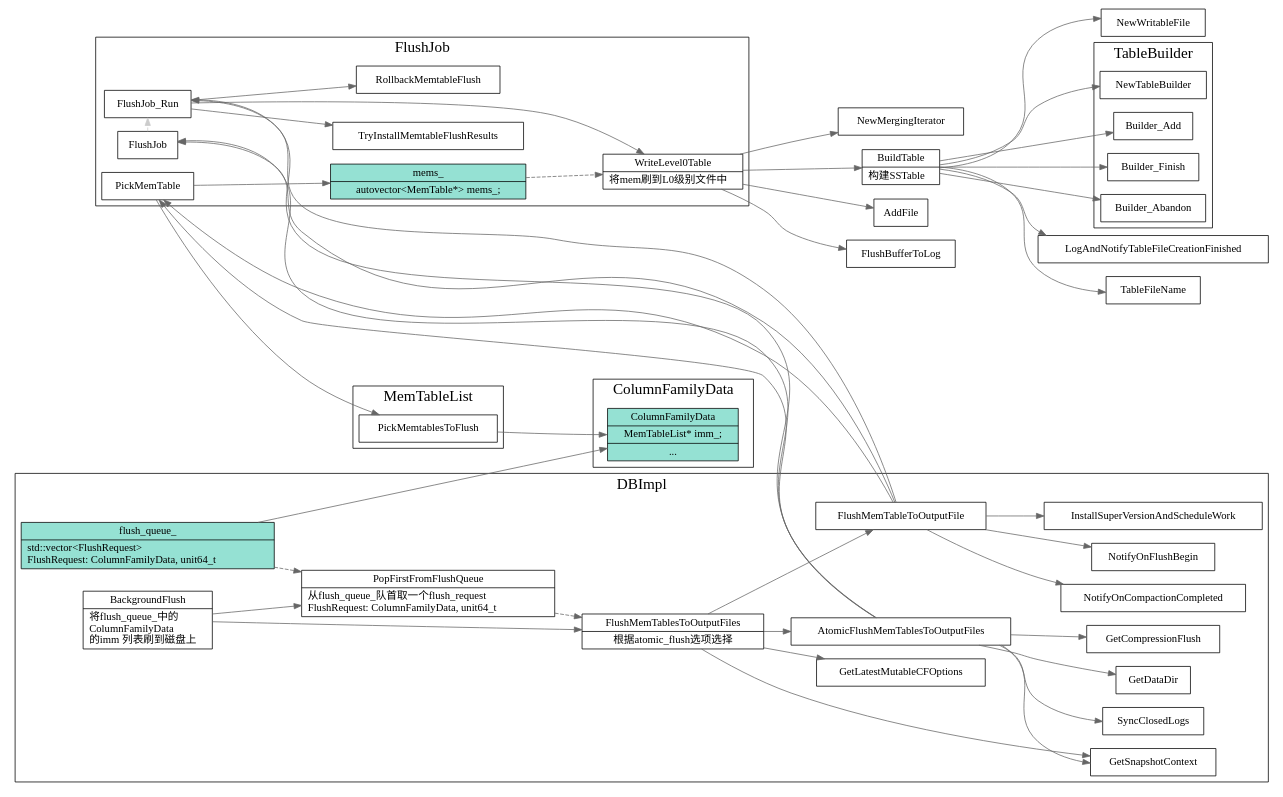
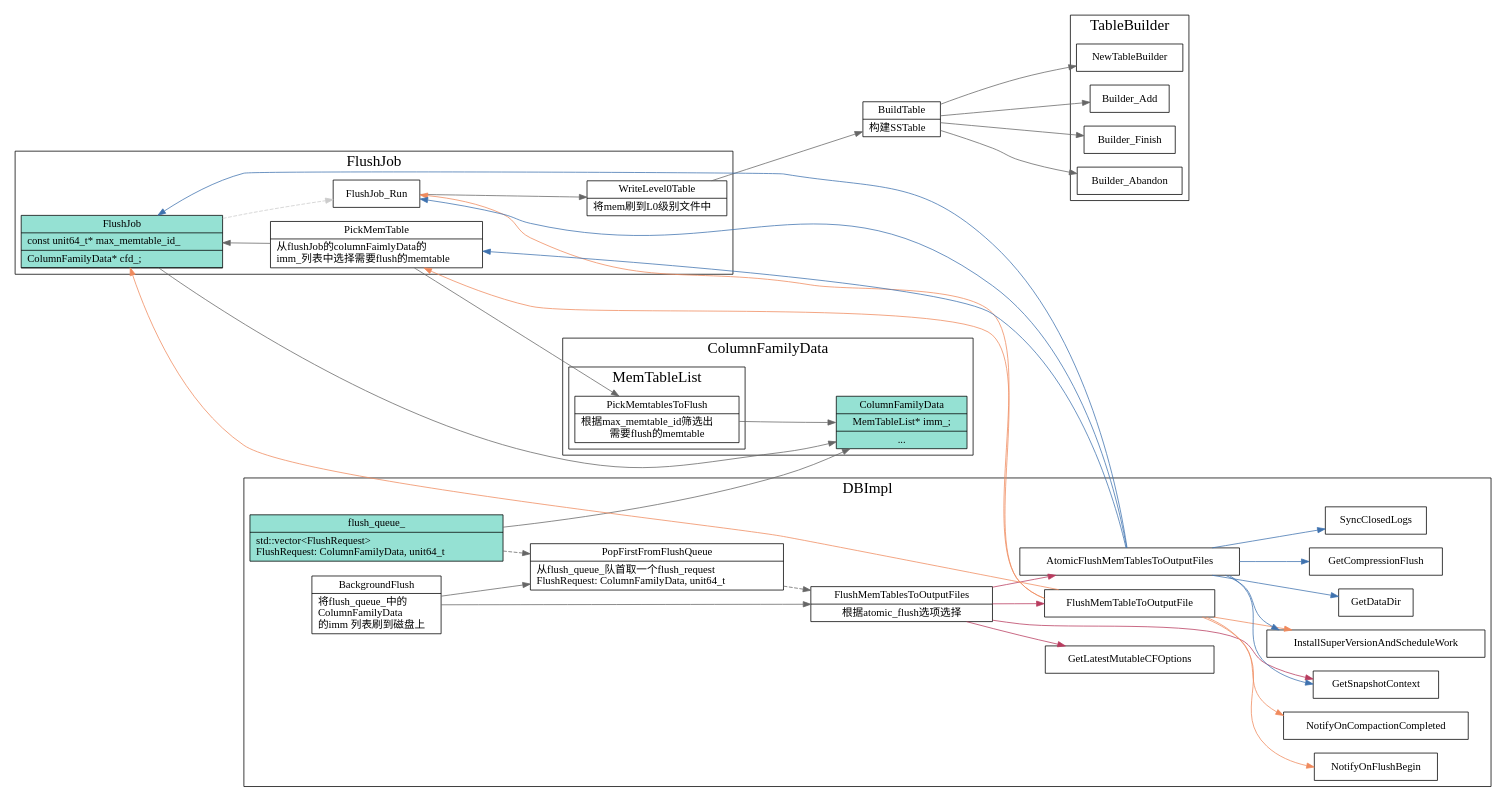
Before and after one commit to xieyu/blog: the diagram in src/rocksdb/background-flush.dot, drawn with Graphviz. The commit also changed 10 other files, not shown here.

Commit message:
add flush queue put flow

```diff
--- a/src/rocksdb/background-flush.dot
+++ b/src/rocksdb/background-flush.dot
@@ -1,161 +1,172 @@
 digraph background_flushtitl {
   node[shape=box];
   edge[color=gray40];
   newrank=true;
   rankdir=LR;
-  subgraph cluster_MemTableList {
-    graph[label="MemTableList";fontsize=20;];
-    PickMemtablesToFlush;
-  }
 
   subgraph cluster_ColumnFamilyData {
     graph[label="ColumnFamilyData";fontsize=20;];
+
+    subgraph cluster_MemTableList {
+      graph[label="MemTableList";fontsize=20;];
+      PickMemtablesToFlush[
+        shape="record"
+        label="{{
+          PickMemtablesToFlush|
+          根据max_memtable_id筛选出\l
+          需要flush的memtable
+        }}"
+      ];
+    }
     ColumnFamilyData[shape="record";
       fillcolor="#95e1d3"
       style=filled;
       label="{{
         ColumnFamilyData|
           <MemTableList> MemTableList* imm_;|
           ...
       }}";
     ];
     PickMemtablesToFlush -> ColumnFamilyData:MemTableList;
   }
 
   subgraph cluster_FlushJob {
     graph[label="FlushJob";fontsize=20;];
-    PickMemTable -> PickMemtablesToFlush;
-    PickMemTable -> mems_;
-    mems_[
+    FlushJob[
       shape="record";
       fillcolor="#95e1d3"
       style=filled;
       label="{{
-        mems_|
-          autovector\<MemTable*\> mems_;
-      }}";
+        FlushJob|
+        const unit64_t* max_memtable_id_\l|
+        ColumnFamilyData* cfd_;\l|
+        autovector<MemTable*> mems_;\l
+      }}"
     ];
-    mems_ -> WriteLevel0Table[style=dashed;color=gray40];
+    PickMemTable[
+      shape="record"
+      label="{{
+        PickMemTable|
+        从flushJob的columnFaimlyData的\l
+        imm_列表中选择需要flush的memtable\l
+      }}"
+    ];
+    PickMemTable -> PickMemtablesToFlush;
+    PickMemTable -> FlushJob;
+    FlushJob -> ColumnFamilyData;
     FlushJob -> FlushJob_Run[style=dashed;color=gray80];
     FlushJob_Run -> {
       WriteLevel0Table;
-      RollbackMemtableFlush;
-      TryInstallMemtableFlushResults;
     }
     WriteLevel0Table[shape="record";
       label="{{
         WriteLevel0Table|
         将mem刷到L0级别文件中\l
       }}";
     ];
   }
 
   subgraph cluster_DBImpl {
     graph[label="DBImpl";fontsize=20;];
     flush_queue_[
       shape="record";
       fillcolor="#95e1d3"
       style=filled;
       label="{{
         flush_queue_|
           std::vector\<FlushRequest\> \l
           FlushRequest: ColumnFamilyData, unit64_t\l
       }}";
     ];
     BackgroundFlush[shape="record";
       label="{{
         BackgroundFlush|
         将flush_queue_中的\l 
         ColumnFamilyData\l
         的imm 列表刷到磁盘上\l
       }}";
     ];
     flush_queue_ -> ColumnFamilyData;
     flush_queue_ -> PopFirstFromFlushQueue[style=dashed;color=gray40];
     FlushMemTablesToOutputFiles
     FlushMemTableToOutputFile;
     AtomicFlushMemTablesToOutputFiles;
     BackgroundFlush -> {
       PopFirstFromFlushQueue;
       FlushMemTablesToOutputFiles;
     }
     PopFirstFromFlushQueue[shape="record";
       label="{{
         PopFirstFromFlushQueue|
         从flush_queue_队首取一个flush_request\l
         FlushRequest: ColumnFamilyData, unit64_t\l
       }}";
     ];
     FlushMemTablesToOutputFiles[shape="record";
       label="{{
         FlushMemTablesToOutputFiles|
         根据atomic_flush选项选择
       }}";
     ];
 
     FlushMemTablesToOutputFiles -> {
       AtomicFlushMemTablesToOutputFiles
       GetSnapshotContext;
       GetLatestMutableCFOptions;
       FlushMemTableToOutputFile;
-    }
+    }[color="#b83b5e"]
 
     AtomicFlushMemTablesToOutputFiles -> {
+      InstallSuperVersionAndScheduleWork;
       GetDataDir;
       GetSnapshotContext;
       FlushJob;
       PickMemTable;
       GetCompressionFlush;
       SyncClosedLogs;
       FlushJob_Run
-    }
+    }[color="#3f72af"]
 
     FlushMemTableToOutputFile -> {
       FlushJob;
       NotifyOnFlushBegin;
       PickMemTable;
       FlushJob_Run;
       InstallSuperVersionAndScheduleWork;
       NotifyOnCompactionCompleted;
-    }
+    }[color="#f08a5d"]
   }
 
   WriteLevel0Table -> {
-    FlushBufferToLog;
-    NewMergingIterator;
     BuildTable;
-    AddFile;
   }
 
   BuildTable[shape="record";
     label="{{
       BuildTable|
       构建SSTable\l
     }}";
   ];
   BuildTable -> {
-    TableFileName;
-    NewWritableFile;
     NewTableBuilder;
     Builder_Add;
     Builder_Finish;
     Builder_Abandon;
-    LogAndNotifyTableFileCreationFinished;
   }
   subgraph cluster_TableBuilder {
     graph[label="TableBuilder";fontsize=20;];
     NewTableBuilder;
     Builder_Add;
     Builder_Finish;
     Builder_Abandon;
   }
 
   //rank
-  {rank=same;flush_queue_;FlushJob;PickMemTable;FlushJob_Run}
+  {rank=same;flush_queue_;PickMemTable;FlushJob_Run}
 
   // dataflow depend
   {
     edge[style=dashed;color=gray40];
     PopFirstFromFlushQueue -> FlushMemTablesToOutputFiles;
   }
 }
```
